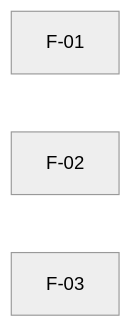
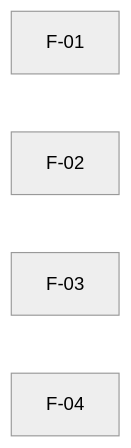
The diagram in docs/plan.md (Comsterkar4/dai-chien-cho), drawn with Mermaid (neutral theme) before and after one commit. The commit also changed other lines of this file and 4 other files, not shown here.

````diff
--- a/docs/plan.md
+++ b/docs/plan.md
@@ -45,6 +68,7 @@
 ```mermaid
 graph LR
   F-01
   F-02
   F-03
+  F-04
 ```
````
